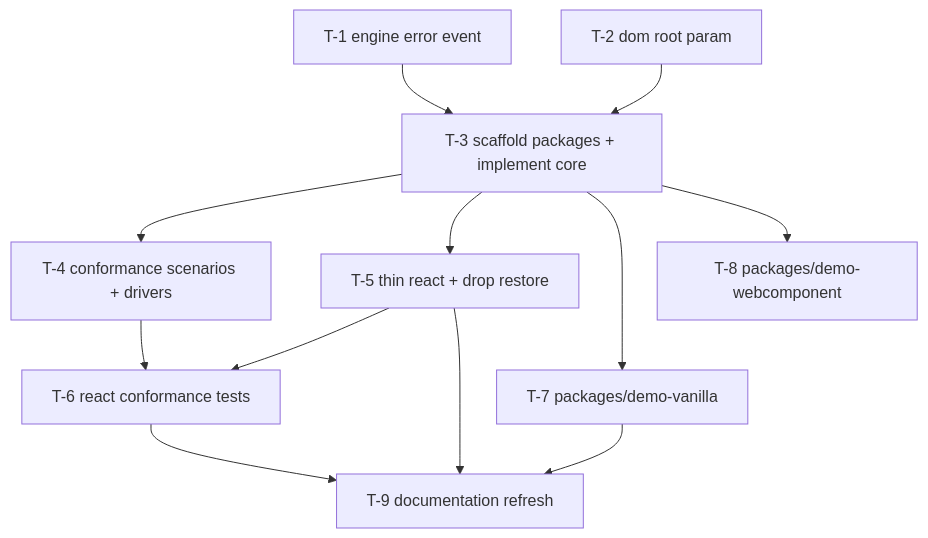
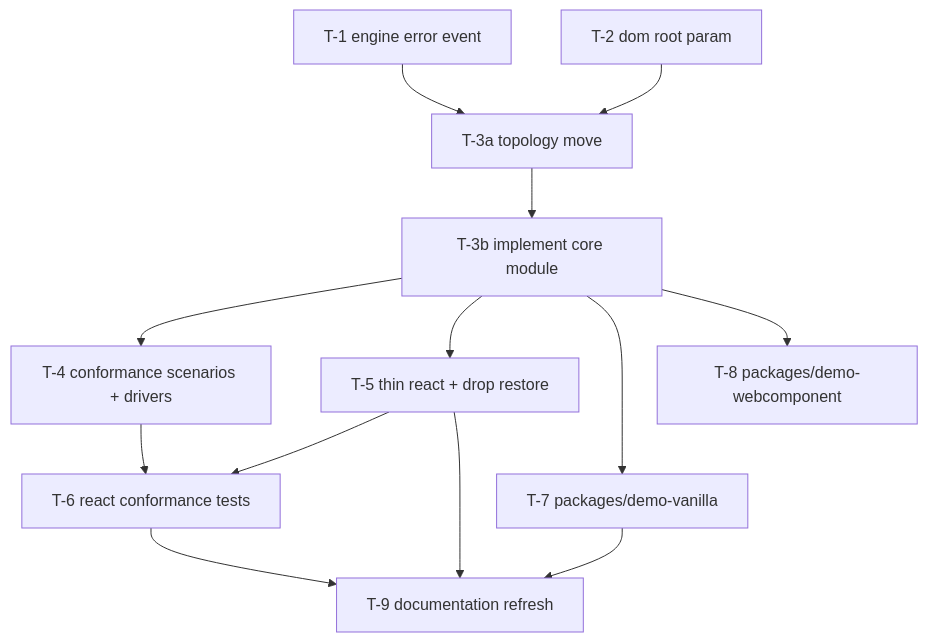
The diagram in docs/plans/ui-agnostic-core.md (bigH/babulfish), drawn with Mermaid before and after one commit. The commit also changed other lines of this file, not shown here.

Commit message:
ui-agnostic core plan updates

````diff
--- a/docs/plans/ui-agnostic-core.md
+++ b/docs/plans/ui-agnostic-core.md
@@ -45,14 +45,15 @@
 ```mermaid
 graph TD
-  T1[T-1 engine error event] --> T3[T-3 scaffold packages + implement core]
-  T2[T-2 dom root param] --> T3
-  T3 --> T4[T-4 conformance scenarios + drivers]
-  T3 --> T5[T-5 thin react + drop restore]
+  T1[T-1 engine error event] --> T3a[T-3a topology move]
+  T2[T-2 dom root param] --> T3a
+  T3a --> T3b[T-3b implement core module]
+  T3b --> T4[T-4 conformance scenarios + drivers]
+  T3b --> T5[T-5 thin react + drop restore]
   T4 --> T6[T-6 react conformance tests]
   T5 --> T6
-  T3 --> T7[T-7 packages/demo-vanilla]
-  T3 --> T8[T-8 packages/demo-webcomponent]
+  T3b --> T7[T-7 packages/demo-vanilla]
+  T3b --> T8[T-8 packages/demo-webcomponent]
   T5 --> T9[T-9 documentation refresh]
   T6 --> T9
   T7 --> T9
 ```
````
